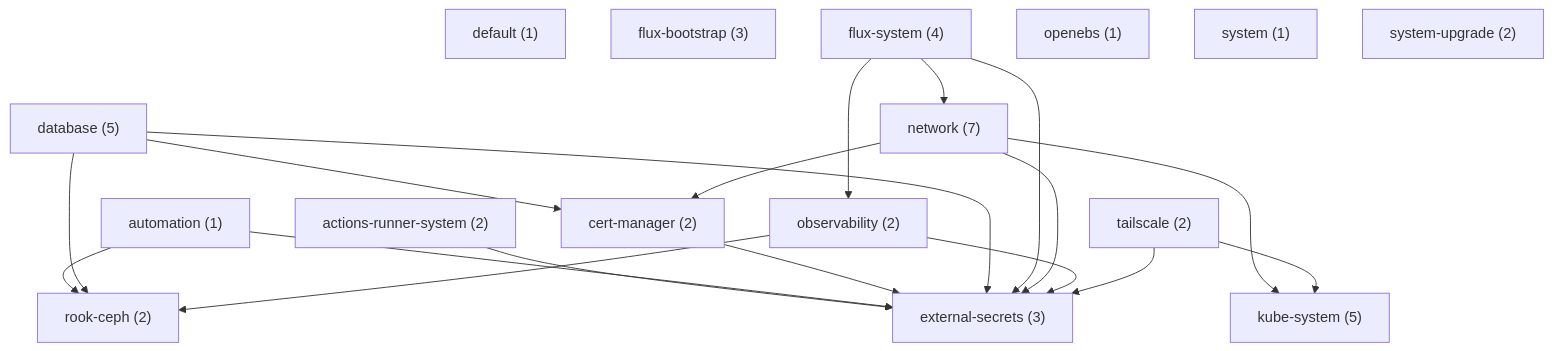
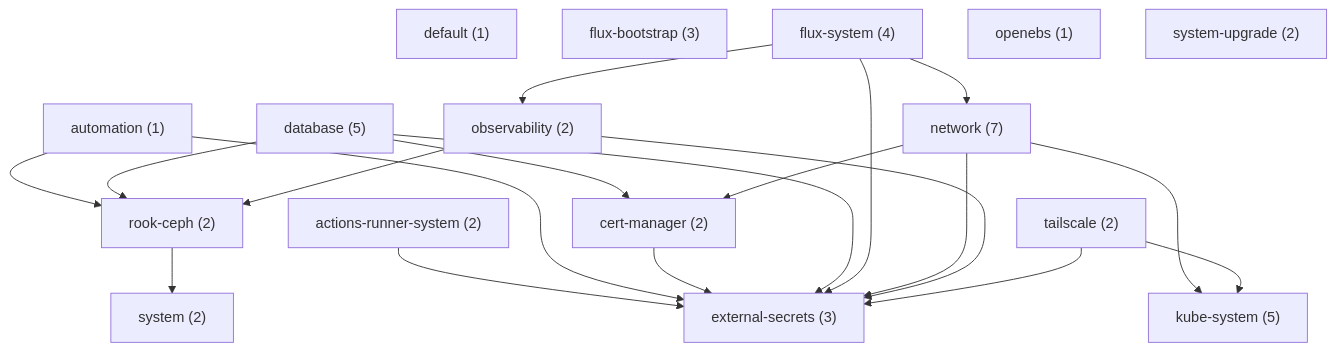
One commit to qnimbus/home-lab changed the first of 17 diagrams in docs/CLUSTER.md. Above: the diagram before and after it, drawn with Mermaid. The commit also changed other lines of this file and 10 other files, not shown here.

````diff
--- a/docs/CLUSTER.md
+++ b/docs/CLUSTER.md
@@ -703,36 +703,37 @@
 ```mermaid
 flowchart TD
   actions_runner_system["actions-runner-system (2)"]
   automation["automation (1)"]
   cert_manager["cert-manager (2)"]
   database["database (5)"]
   default["default (1)"]
   external_secrets["external-secrets (3)"]
   flux_bootstrap["flux-bootstrap (3)"]
   flux_system["flux-system (4)"]
   kube_system["kube-system (5)"]
   network["network (7)"]
   observability["observability (2)"]
   openebs["openebs (1)"]
   rook_ceph["rook-ceph (2)"]
-  system["system (1)"]
+  system["system (2)"]
   system_upgrade["system-upgrade (2)"]
   tailscale["tailscale (2)"]
   actions_runner_system --> external_secrets
   automation --> external_secrets
   automation --> rook_ceph
   cert_manager --> external_secrets
   database --> cert_manager
   database --> external_secrets
   database --> rook_ceph
   flux_system --> external_secrets
   flux_system --> network
   flux_system --> observability
   network --> cert_manager
   network --> external_secrets
   network --> kube_system
   observability --> external_secrets
   observability --> rook_ceph
+  rook_ceph --> system
   tailscale --> external_secrets
   tailscale --> kube_system
 ```
````
